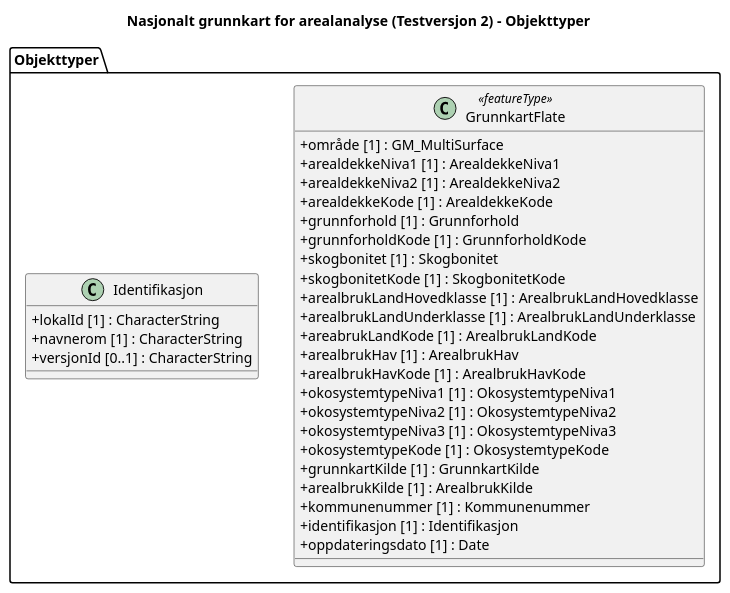
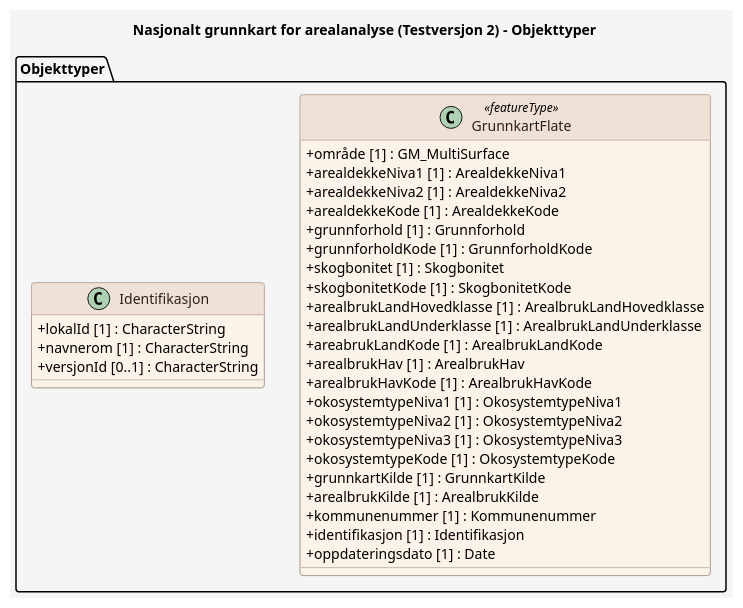
Before and after one commit to larsingea/produktspesifikasjon_mal: the diagram in produktspesifikasjon/grunnkart-arealanalyse/grunnkart-arealanalyse_xmi_feature_catalogue.puml, drawn with PlantUML. The commit also changed 4 other files, not shown here.

```diff
--- a/produktspesifikasjon/grunnkart-arealanalyse/grunnkart-arealanalyse_xmi_feature_catalogue.puml
+++ b/produktspesifikasjon/grunnkart-arealanalyse/grunnkart-arealanalyse_xmi_feature_catalogue.puml
@@ -1,42 +1,59 @@
 @startuml
 title Nasjonalt grunnkart for arealanalyse (Testversjon 2) - Objekttyper
 
+skinparam backgroundColor #F5F5F5
+skinparam shadowing false
+skinparam RoundCorner 6
+skinparam ArrowColor #6C8198
 skinparam class {
+  BackgroundColor #FBF2E8
+  BorderColor #9C8578
+  FontColor #2D201A
+  HeaderBackgroundColor #EFE1D6
+  HeaderFontColor #2D201A
   AttributeIconSize 0
 }
+skinparam note {
+  BackgroundColor #FFFFFF
+  BorderColor #6C8198
+  FontColor #2D201A
+}
+skinparam stereotypeCBackgroundColor #EAD9CE
+skinparam stereotypeCBorderColor #9C8578
+skinparam stereotypeCFontColor #2D201A
 
 package "Objekttyper" {
 
   class GrunnkartFlate <<featureType>> {
     + område [1] : GM_MultiSurface
     + arealdekkeNiva1 [1] : ArealdekkeNiva1
     + arealdekkeNiva2 [1] : ArealdekkeNiva2
     + arealdekkeKode [1] : ArealdekkeKode
     + grunnforhold [1] : Grunnforhold
     + grunnforholdKode [1] : GrunnforholdKode
     + skogbonitet [1] : Skogbonitet
     + skogbonitetKode [1] : SkogbonitetKode
     + arealbrukLandHovedklasse [1] : ArealbrukLandHovedklasse
     + arealbrukLandUnderklasse [1] : ArealbrukLandUnderklasse
     + areabrukLandKode [1] : ArealbrukLandKode
     + arealbrukHav [1] : ArealbrukHav
     + arealbrukHavKode [1] : ArealbrukHavKode
     + okosystemtypeNiva1 [1] : OkosystemtypeNiva1
     + okosystemtypeNiva2 [1] : OkosystemtypeNiva2
     + okosystemtypeNiva3 [1] : OkosystemtypeNiva3
     + okosystemtypeKode [1] : OkosystemtypeKode
     + grunnkartKilde [1] : GrunnkartKilde
     + arealbrukKilde [1] : ArealbrukKilde
     + kommunenummer [1] : Kommunenummer
     + identifikasjon [1] : Identifikasjon
     + oppdateringsdato [1] : Date
   }
 
   class Identifikasjon {
     + lokalId [1] : CharacterString
     + navnerom [1] : CharacterString
     + versjonId [0..1] : CharacterString
   }
 }
 
 @enduml
```
